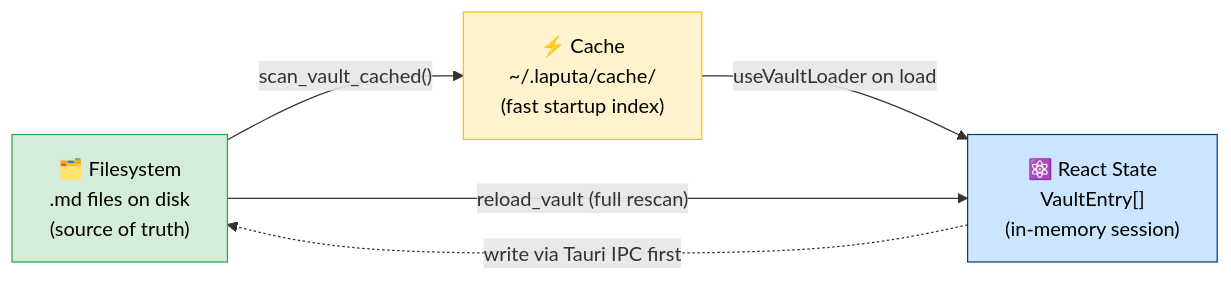
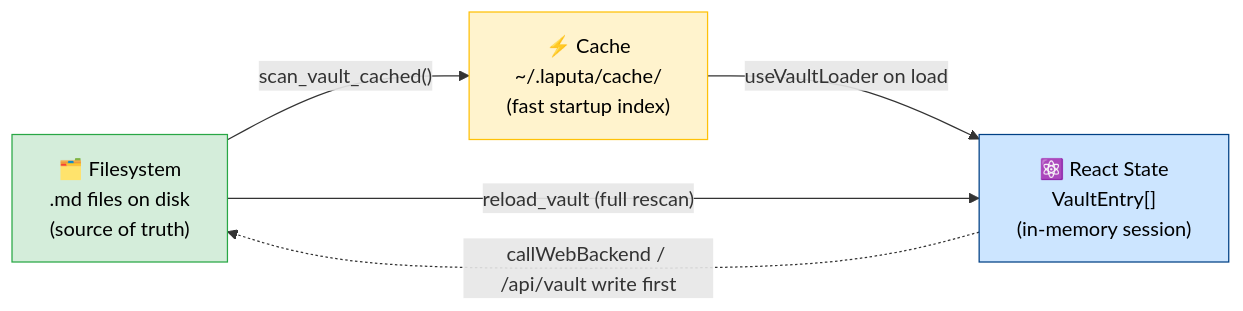
One commit to kohz87/Artemis changed the first of 7 diagrams in docs/ARCHITECTURE.md. Above: the diagram before and after it, drawn with Mermaid. The commit also changed other lines of this file and 362 other files, not shown here.

````diff
--- a/docs/ARCHITECTURE.md
+++ b/docs/ARCHITECTURE.md
@@ -59,15 +59,15 @@
 ```mermaid
 flowchart LR
     FS["🗂️ Filesystem\n.md files on disk\n(source of truth)"]
     Cache["⚡ Cache\n~/.laputa/cache/\n(fast startup index)"]
     RS["⚛️ React State\nVaultEntry[]\n(in-memory session)"]
 
     FS -->|"scan_vault_cached()"| Cache
     Cache -->|"useVaultLoader on load"| RS
     FS -->|"reload_vault (full rescan)"| RS
-    RS -.->|"write via Tauri IPC first"| FS
+    RS -.->|"callWebBackend / /api/vault write first"| FS
 
     style FS fill:#d4edda,stroke:#28a745,color:#000
     style Cache fill:#fff3cd,stroke:#ffc107,color:#000
     style RS fill:#cce5ff,stroke:#004085,color:#000
 ```
````
